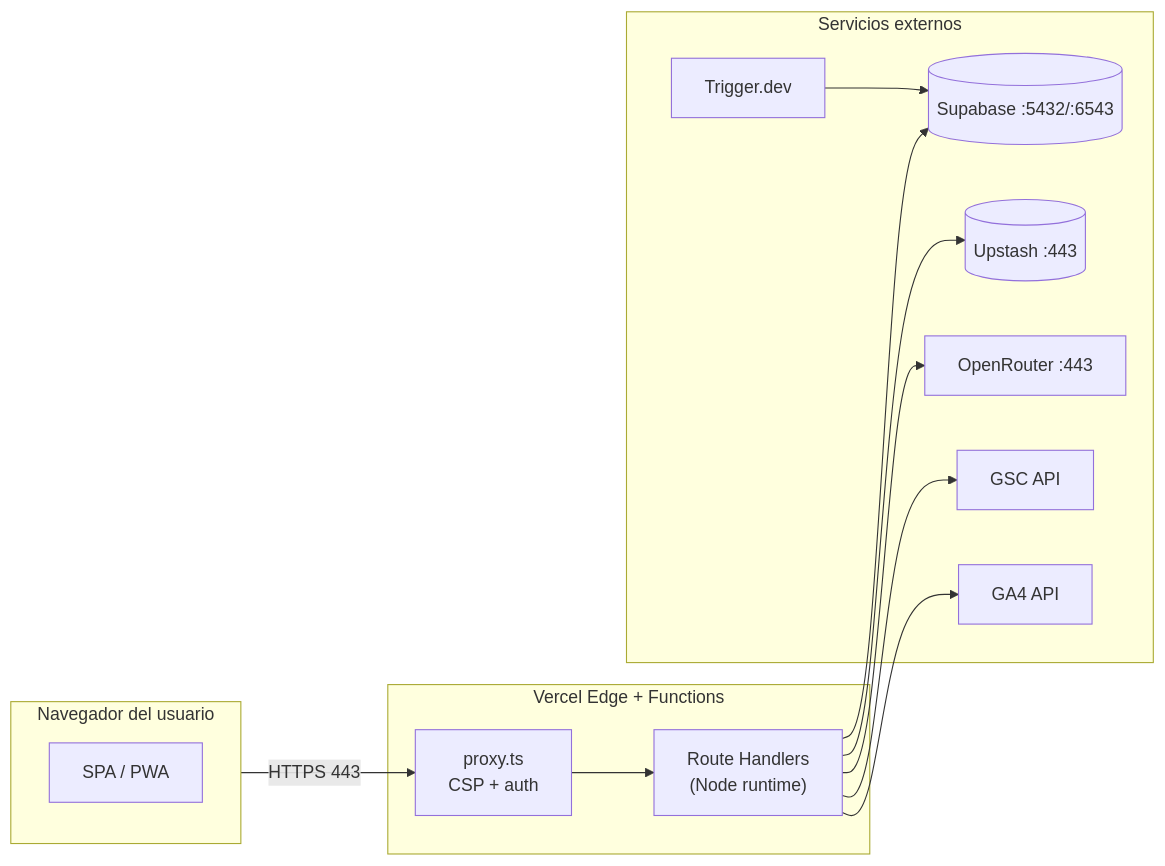
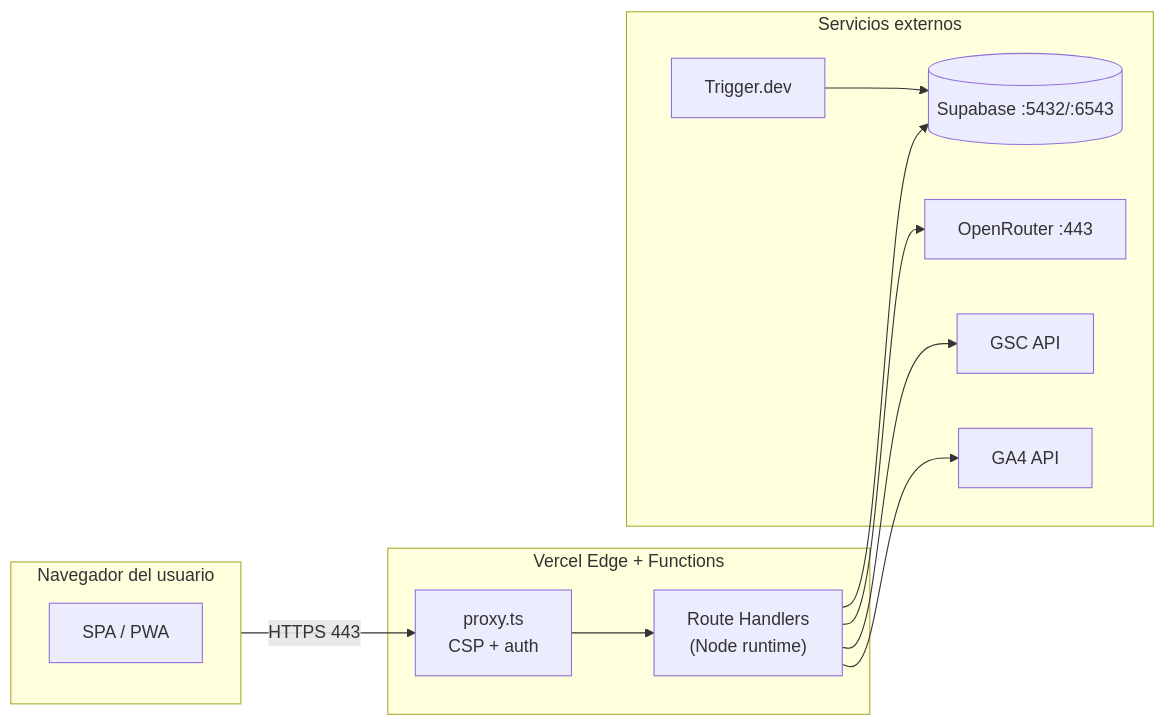
One commit to StrategicConnex/StrategicConnexAudit changed the fourth of 8 diagrams in docs/architecture/ENTERPRISE-ARCHITECTURE.md. Above: the diagram before and after it, drawn with Mermaid. The commit also changed other lines of this file and 67 other files, not shown here.

````diff
--- a/docs/architecture/ENTERPRISE-ARCHITECTURE.md
+++ b/docs/architecture/ENTERPRISE-ARCHITECTURE.md
@@ -271,26 +268,24 @@
 ```mermaid
 flowchart LR
     subgraph BROWSER["Navegador del usuario"]
         UA["SPA / PWA"]
     end
     subgraph VERCEL["Vercel Edge + Functions"]
         EDGE2["proxy.ts<br/>CSP + auth"]
         FN["Route Handlers<br/>(Node runtime)"]
     end
     subgraph EXTERNAL["Servicios externos"]
         DB[("Supabase :5432/:6543")]
-        RD[("Upstash :443")]
         OR["OpenRouter :443"]
         TD["Trigger.dev"]
         GSC2["GSC API"]
         GA42["GA4 API"]
     end
     BROWSER -->|"HTTPS 443"| EDGE2
     EDGE2 --> FN
     FN --> DB
-    FN --> RD
     FN --> OR
     FN --> GSC2
     FN --> GA42
     TD --> DB
 ```
````
